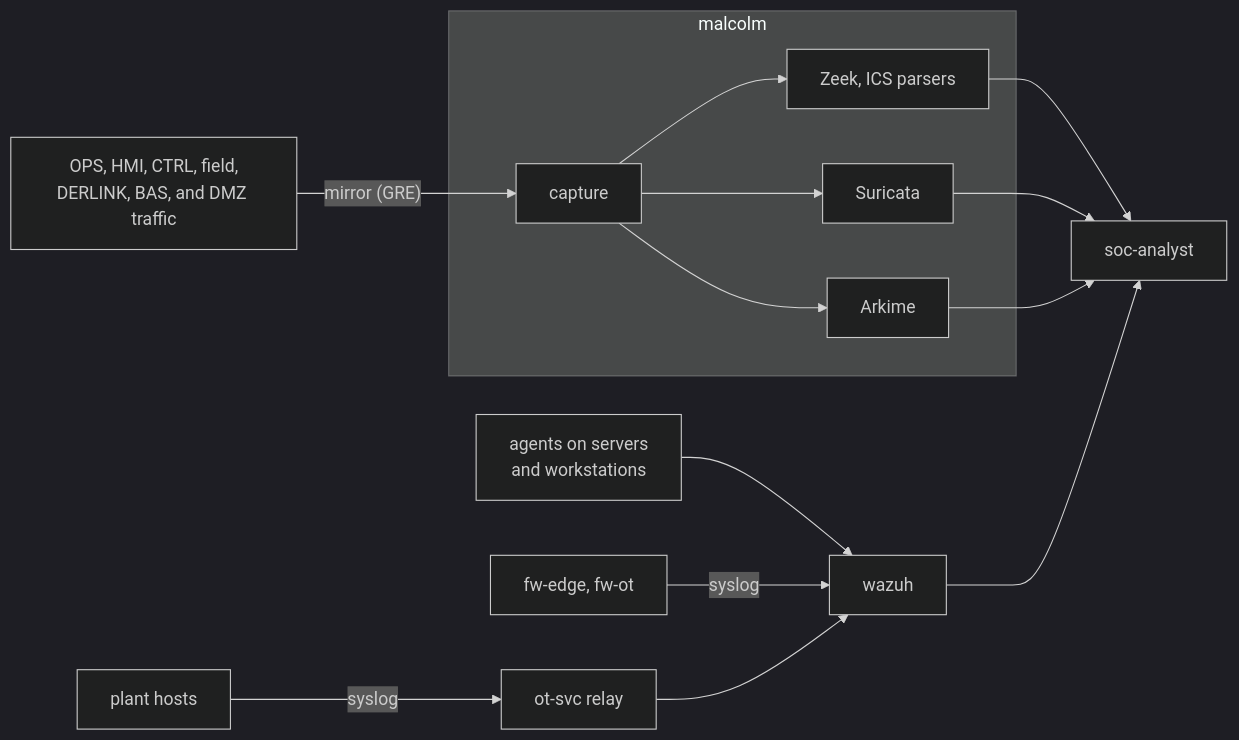
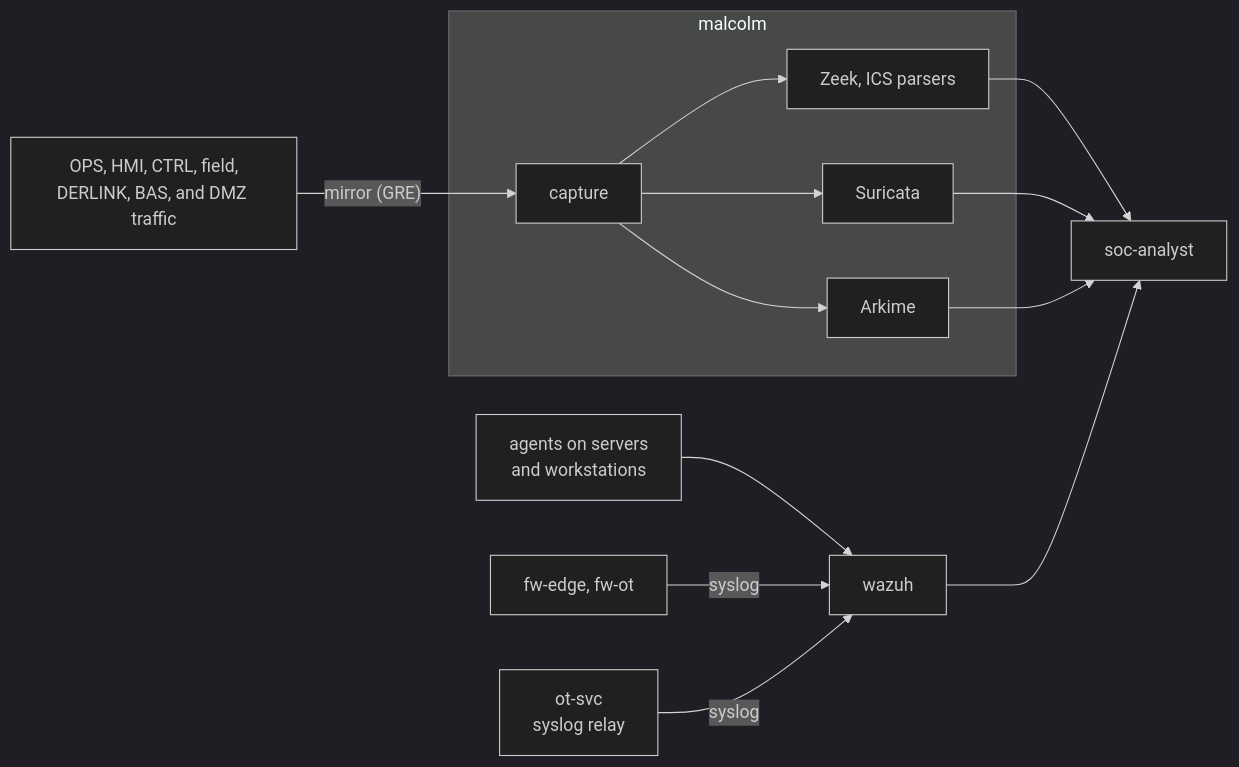
Diagram 13 of 16 in README.md (GhostofGoes/brew), drawn with Mermaid (dark theme) before and after one commit. The commit also changed other lines of this file and 4 other files, not shown here.

````diff
--- a/README.md
+++ b/README.md
@@ -548,16 +548,16 @@
 ```mermaid
 flowchart LR
   NETS["OPS, HMI, CTRL, field,<br/>DERLINK, BAS, and DMZ traffic"] -- "mirror (GRE)" --> MAL
   subgraph MALH["malcolm"]
     MAL["capture"] --> ZEEK["Zeek, ICS parsers"]
     MAL --> SURI["Suricata"]
     MAL --> ARK["Arkime"]
   end
   AG["agents on servers<br/>and workstations"] --> WAZ["wazuh"]
   FW["fw-edge, fw-ot"] -- "syslog" --> WAZ
-  PH["plant hosts"] -- "syslog" --> SVC["ot-svc relay"] --> WAZ
+  SVC["ot-svc<br/>syslog relay"] -- "syslog" --> WAZ
   ZEEK --> ANA["soc-analyst"]
   SURI --> ANA
   ARK --> ANA
   WAZ --> ANA
 ```
````
